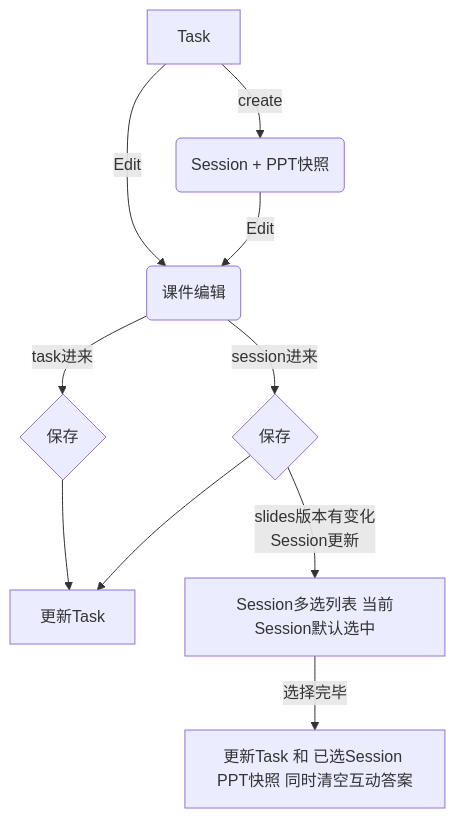
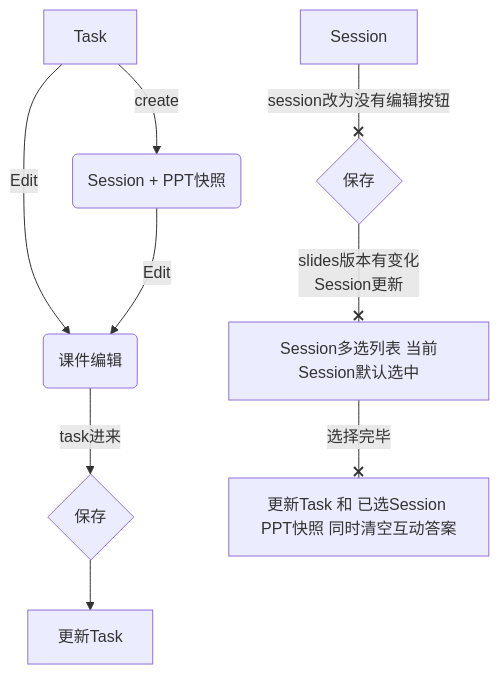
One commit to zran-nz/doc changed the third of 5 diagrams in main/unit.md. Above: the diagram before and after it, drawn with Mermaid. The commit also changed other lines of this file and 2 other files, not shown here.

Commit message:
up schoolManage

````diff
--- a/main/unit.md
+++ b/main/unit.md
@@ -138,13 +139,13 @@
 ```mermaid
 flowchart
 T[Task] --Edit--> Te(课件编辑)
 T[Task] --create--> Ss(Session + PPT快照)
 Ss --Edit--> Te
 Te --task进来--> Sv1{保存}
-Te --session进来--> Sv2{保存}
 Sv1 --> SsS0[更新Task]
-Sv2 --> SsS0[更新Task]
-Sv2 --slides版本有变化<br>Session更新--> S2[Session多选列表 当前Session默认选中]
-S2 --选择完毕--> SsS1[更新Task 和 已选Session PPT快照 同时清空互动答案]
+
+Te2[Session] --session改为没有编辑按钮--x Sv2{保存}
+Sv2 --slides版本有变化<br>Session更新--x S2[Session多选列表 当前Session默认选中]
+S2 --选择完毕--x SsS1[更新Task 和 已选Session PPT快照 同时清空互动答案]
 
 ```
````
